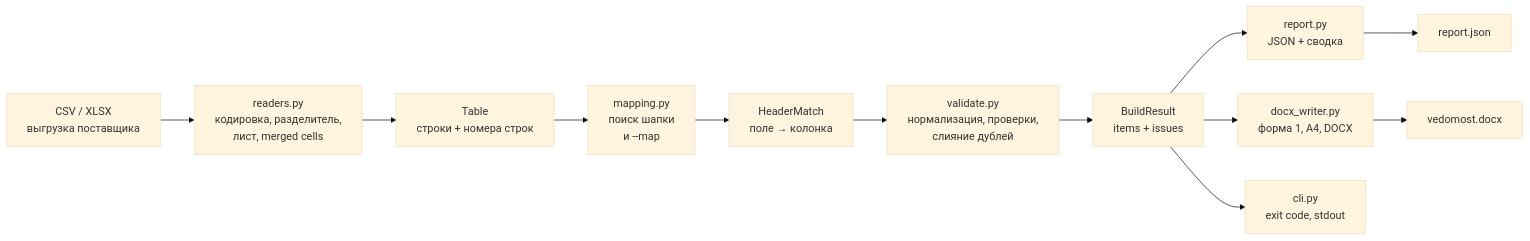
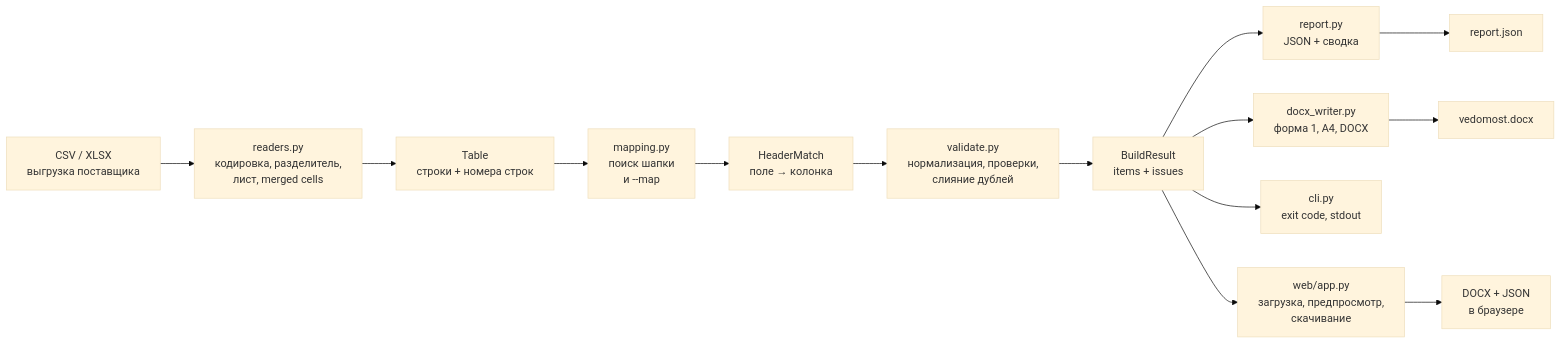
One commit to AlexMayDev/gost-docs-automation changed the first of 3 diagrams in docs/architecture.md. Above: the diagram before and after it, drawn with Mermaid (base theme). The commit also changed other lines of this file and 18 other files, not shown here.

Commit message:
Add local web interface with preview and DOCX download

````diff
--- a/docs/architecture.md
+++ b/docs/architecture.md
@@ -9,14 +11,16 @@
 ```mermaid
 flowchart LR
     IN["CSV / XLSX<br/>выгрузка поставщика"] --> R["readers.py<br/>кодировка, разделитель,<br/>лист, merged cells"]
     R --> T["Table<br/>строки + номера строк"]
     T --> M["mapping.py<br/>поиск шапки<br/>и --map"]
     M --> H["HeaderMatch<br/>поле → колонка"]
     H --> V["validate.py<br/>нормализация, проверки,<br/>слияние дублей"]
     V --> B["BuildResult<br/>items + issues"]
     B --> S["report.py<br/>JSON + сводка"]
     B --> D["docx_writer.py<br/>форма 1, A4, DOCX"]
     B --> C["cli.py<br/>exit code, stdout"]
+    B --> W["web/app.py<br/>загрузка, предпросмотр,<br/>скачивание"]
     S --> OUT1["report.json"]
     D --> OUT2["vedomost.docx"]
+    W --> OUT3["DOCX + JSON<br/>в браузере"]
 ```
````
